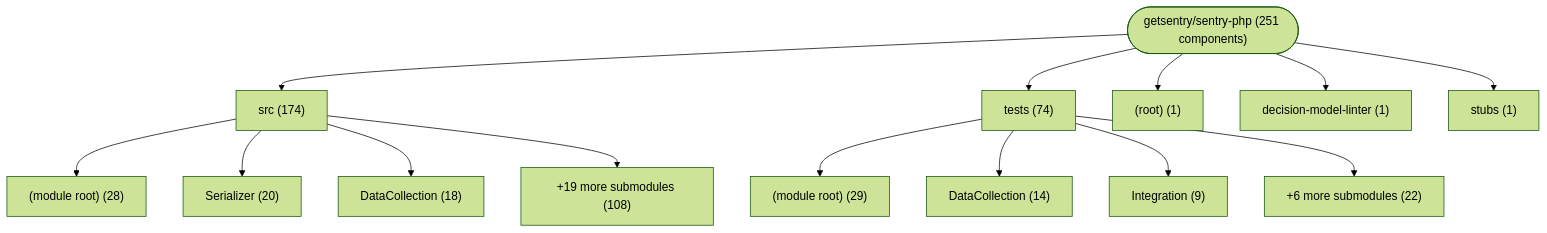
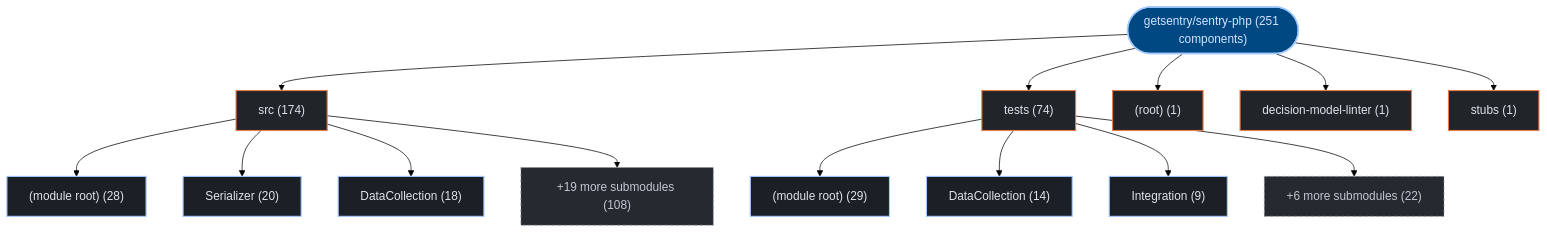
Before and after one commit to kumarshaz/atruss-code-atlas: the first of 3 diagrams in exports/latest/reports/getsentry-sentry-php-report.md, drawn with Mermaid (forest theme). The commit also changed other lines of this file and 331 other files, not shown here.

Commit message:
docs,ui,fix: update SDLC docs, reorder CI/CD DAG first, stylize Mermaid, and fix Arc42 pipeline topology

````diff
--- a/exports/latest/reports/getsentry-sentry-php-report.md
+++ b/exports/latest/reports/getsentry-sentry-php-report.md
@@ -42,30 +42,37 @@
 ```mermaid
 graph TD;
-    repo_root(["getsentry/sentry-php (251 components)"])
-    dir_0_src["src (174)"]
+  classDef atlasRoot fill:#004882,stroke:#a3c9ff,stroke-width:2px,color:#d3e4ff
+  classDef atlasCategory fill:#212428,stroke:#E87A48,stroke-width:1.5px,color:#dfe3eb
+  classDef atlasWorkflow fill:#1b2026,stroke:#a3c9ff,stroke-width:1.5px,color:#dfe3eb
+  classDef atlasJob fill:#171c22,stroke:#8d9199,stroke-width:1px,color:#dfe3eb
+  classDef atlasTarget fill:#005227,stroke:#8bd99b,stroke-width:1.5px,color:#a7f6b6
+  classDef atlasAlert fill:#93000a,stroke:#ffb4ab,stroke-width:1.5px,color:#ffdad6
+  classDef atlasMore fill:#252a31,stroke:#8d9199,stroke-dasharray:4 4,color:#c3c6cf
+    repo_root(["getsentry/sentry-php (251 components)"]):::atlasRoot
+    dir_0_src["src (174)"]:::atlasCategory
     repo_root --> dir_0_src
-    sub_0_0__module_root_["(module root) (28)"]
+    sub_0_0__module_root_["(module root) (28)"]:::atlasWorkflow
     dir_0_src --> sub_0_0__module_root_
-    sub_0_1_Serializer["Serializer (20)"]
+    sub_0_1_Serializer["Serializer (20)"]:::atlasWorkflow
     dir_0_src --> sub_0_1_Serializer
-    sub_0_2_DataCollection["DataCollection (18)"]
+    sub_0_2_DataCollection["DataCollection (18)"]:::atlasWorkflow
     dir_0_src --> sub_0_2_DataCollection
-    sub_0_more["+19 more submodules (108)"]
+    sub_0_more["+19 more submodules (108)"]:::atlasMore
     dir_0_src --> sub_0_more
-    dir_1_tests["tests (74)"]
+    dir_1_tests["tests (74)"]:::atlasCategory
     repo_root --> dir_1_tests
-    sub_1_0__module_root_["(module root) (29)"]
+    sub_1_0__module_root_["(module root) (29)"]:::atlasWorkflow
     dir_1_tests --> sub_1_0__module_root_
-    sub_1_1_DataCollection["DataCollection (14)"]
+    sub_1_1_DataCollection["DataCollection (14)"]:::atlasWorkflow
     dir_1_tests --> sub_1_1_DataCollection
-    sub_1_2_Integration["Integration (9)"]
+    sub_1_2_Integration["Integration (9)"]:::atlasWorkflow
     dir_1_tests --> sub_1_2_Integration
-    sub_1_more["+6 more submodules (22)"]
+    sub_1_more["+6 more submodules (22)"]:::atlasMore
     dir_1_tests --> sub_1_more
-    dir_2__root_["(root) (1)"]
+    dir_2__root_["(root) (1)"]:::atlasCategory
     repo_root --> dir_2__root_
-    dir_3_decision_model_linter["decision-model-linter (1)"]
+    dir_3_decision_model_linter["decision-model-linter (1)"]:::atlasCategory
     repo_root --> dir_3_decision_model_linter
-    dir_4_stubs["stubs (1)"]
+    dir_4_stubs["stubs (1)"]:::atlasCategory
     repo_root --> dir_4_stubs
 ```
````
